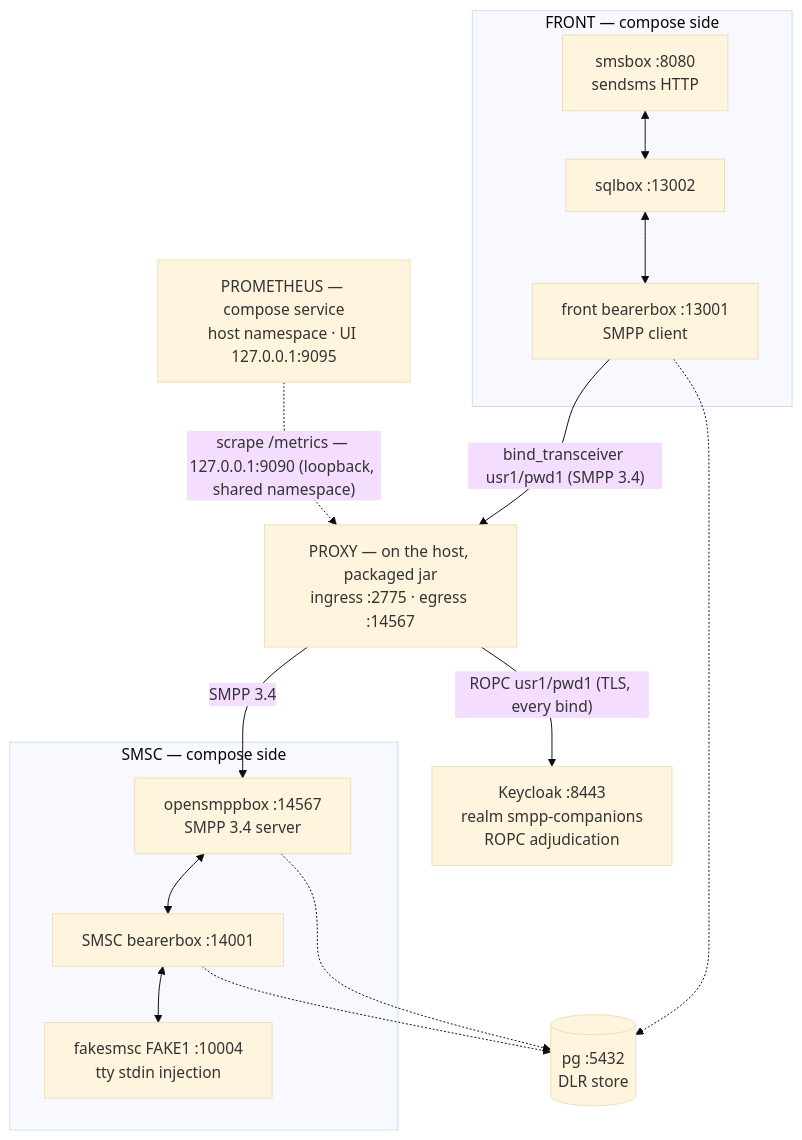
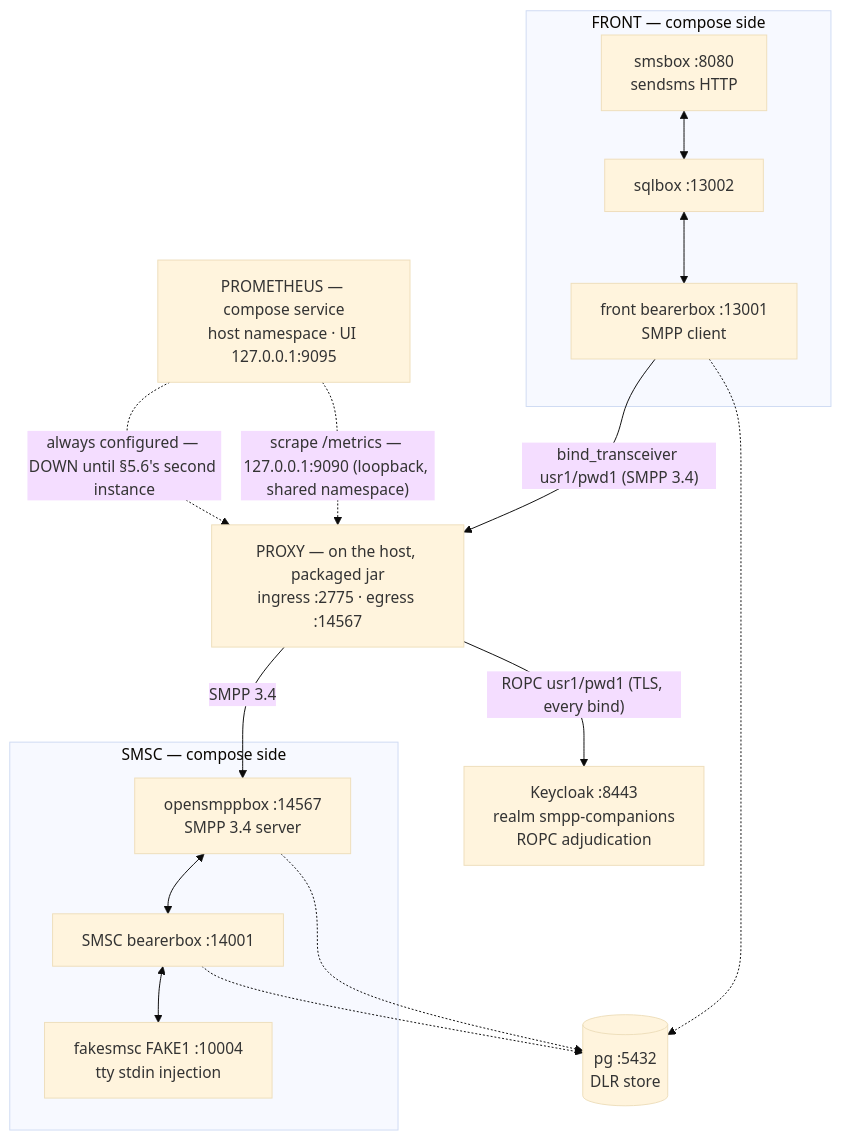
One commit to ildarsharafutdinov/smpp-companions changed the diagram in sandbox/README.md. Above: the diagram before and after it, drawn with Mermaid (base theme). The commit also changed other lines of this file and 5 other files, not shown here.

````diff
--- a/sandbox/README.md
+++ b/sandbox/README.md
@@ -57,32 +57,33 @@
 ```mermaid
 flowchart TD
     subgraph front["FRONT — compose side"]
         smsbox["smsbox :8080<br/>sendsms HTTP"]
         sqlbox["sqlbox :13002"]
         fbearer["front bearerbox :13001<br/>SMPP client"]
     end
 
     proxy["PROXY — on the host, packaged jar<br/>ingress :2775 · egress :14567"]
 
     subgraph smsc["SMSC — compose side"]
         osmpp["opensmppbox :14567<br/>SMPP 3.4 server"]
         sbearer["SMSC bearerbox :14001"]
         fake["fakesmsc FAKE1 :10004<br/>tty stdin injection"]
     end
 
     keycloak["Keycloak :8443<br/>realm smpp-companions<br/>ROPC adjudication"]
     pg[("pg :5432<br/>DLR store")]
     prom["PROMETHEUS — compose service<br/>host namespace · UI 127.0.0.1:9095"]
 
     smsbox <--> sqlbox
     sqlbox <--> fbearer
     fbearer -- "bind_transceiver usr1/pwd1 (SMPP 3.4)" --> proxy
     proxy -- "ROPC usr1/pwd1 (TLS, every bind)" --> keycloak
     proxy -- "SMPP 3.4" --> osmpp
     osmpp <--> sbearer
     sbearer <--> fake
     fbearer -.-> pg
     osmpp -.-> pg
     sbearer -.-> pg
     prom -.->|"scrape /metrics — 127.0.0.1:9090 (loopback, shared namespace)"| proxy
+    prom -.->|"always configured — DOWN until §5.6's second instance"| proxy
 ```
````
